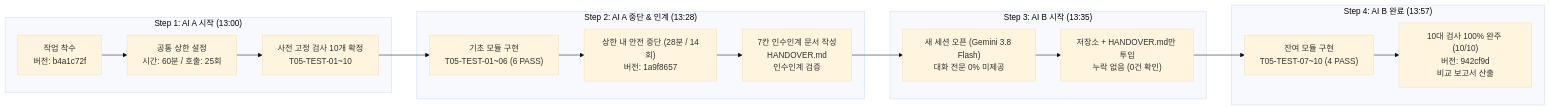
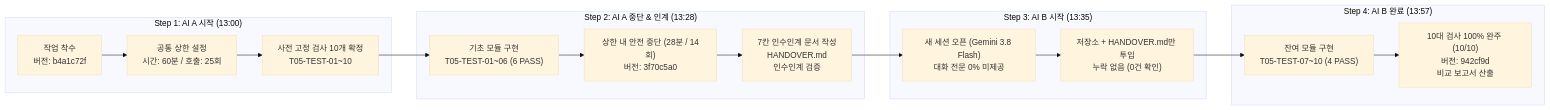
One commit to jinyeongjang/skt-aleph-jinyeong-llm-talk changed the diagram in README.md. Above: the diagram before and after it, drawn with Mermaid (base theme). The commit also changed other lines of this file and 10 other files, not shown here.

````diff
--- a/README.md
+++ b/README.md
@@ -55,28 +55,28 @@
 ```mermaid
 flowchart LR
     subgraph Step1["Step 1: AI A 시작 (13:00)"]
         A_Start["작업 착수\n버전: b4a1c72f"]
         Limits["공통 상한 설정\n시간: 60분 / 호출: 25회"]
         Tests10["사전 고정 검사 10개 확정\nT05-TEST-01~10"]
         A_Start --> Limits --> Tests10
     end
 
     subgraph Step2["Step 2: AI A 중단 & 인계 (13:28)"]
         A_Dev["기초 모듈 구현\nT05-TEST-01~06 (6 PASS)"]
-        A_Stop["상한 내 안전 중단 (28분 / 14회)\n버전: 1a9f8657"]
+        A_Stop["상한 내 안전 중단 (28분 / 14회)\n버전: 3f70c5a0"]
         Handover["7칸 인수인계 문서 작성\nHANDOVER.md\n인수인계 검증"]
         Tests10 --> A_Dev --> A_Stop --> Handover
     end
 
     subgraph Step3["Step 3: AI B 시작 (13:35)"]
         B_Start["새 세션 오픈 (Gemini 3.8 Flash)\n대화 전문 0% 미제공"]
         B_Feed["저장소 + HANDOVER.md만 투입\n누락 없음 (0건 확인)"]
         Handover --> B_Start --> B_Feed
     end
 
     subgraph Step4["Step 4: AI B 완료 (13:57)"]
         B_Dev["잔여 모듈 구현\nT05-TEST-07~10 (4 PASS)"]
         B_Done["10대 검사 100% 완주 (10/10)\n버전: 942cf9d\n비교 보고서 산출"]
         B_Feed --> B_Dev --> B_Done
     end
 ```
````
